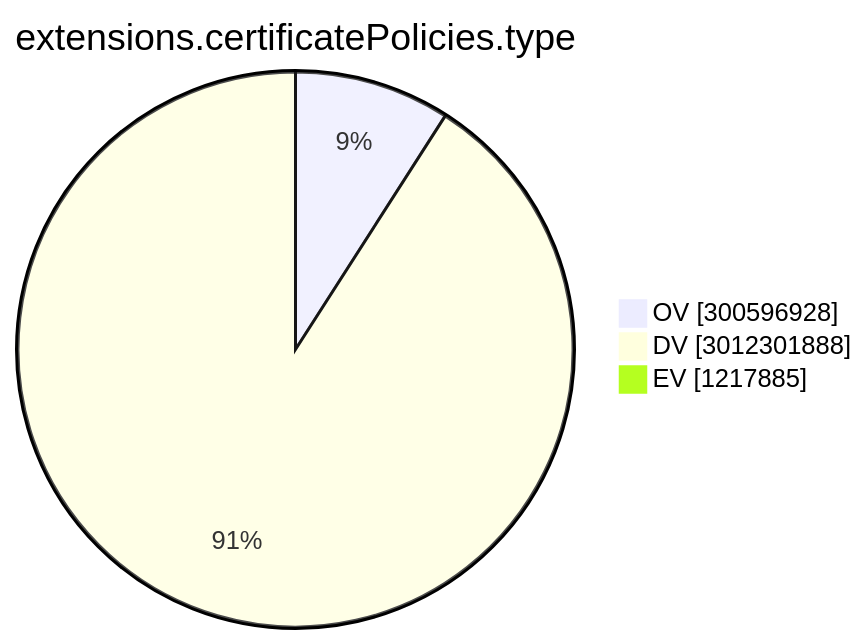
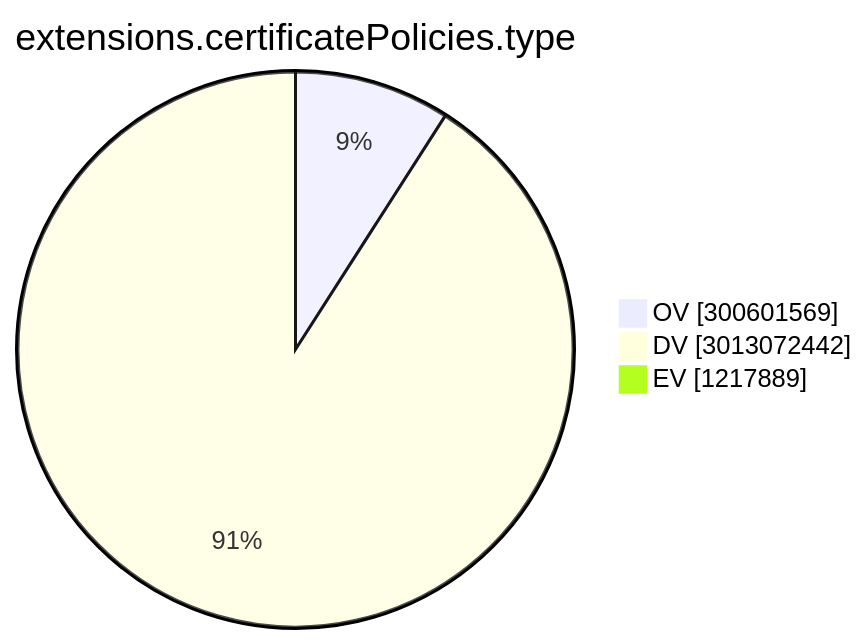
One commit to christiankrug/ctmonitor_visualization changed the ninth of 15 diagrams in TOTAL/README.md. Above: the diagram before and after it, drawn with Mermaid. The commit also changed other lines of this file, not shown here.

````diff
--- a/TOTAL/README.md
+++ b/TOTAL/README.md
@@ -3102,7 +3102,7 @@
 ```mermaid
 pie showData
 title extensions.certificatePolicies.type
-"OV" :300596928
-"DV" :3012301888
-"EV" :1217885
+"OV" :300601569
+"DV" :3013072442
+"EV" :1217889
 ```
````
